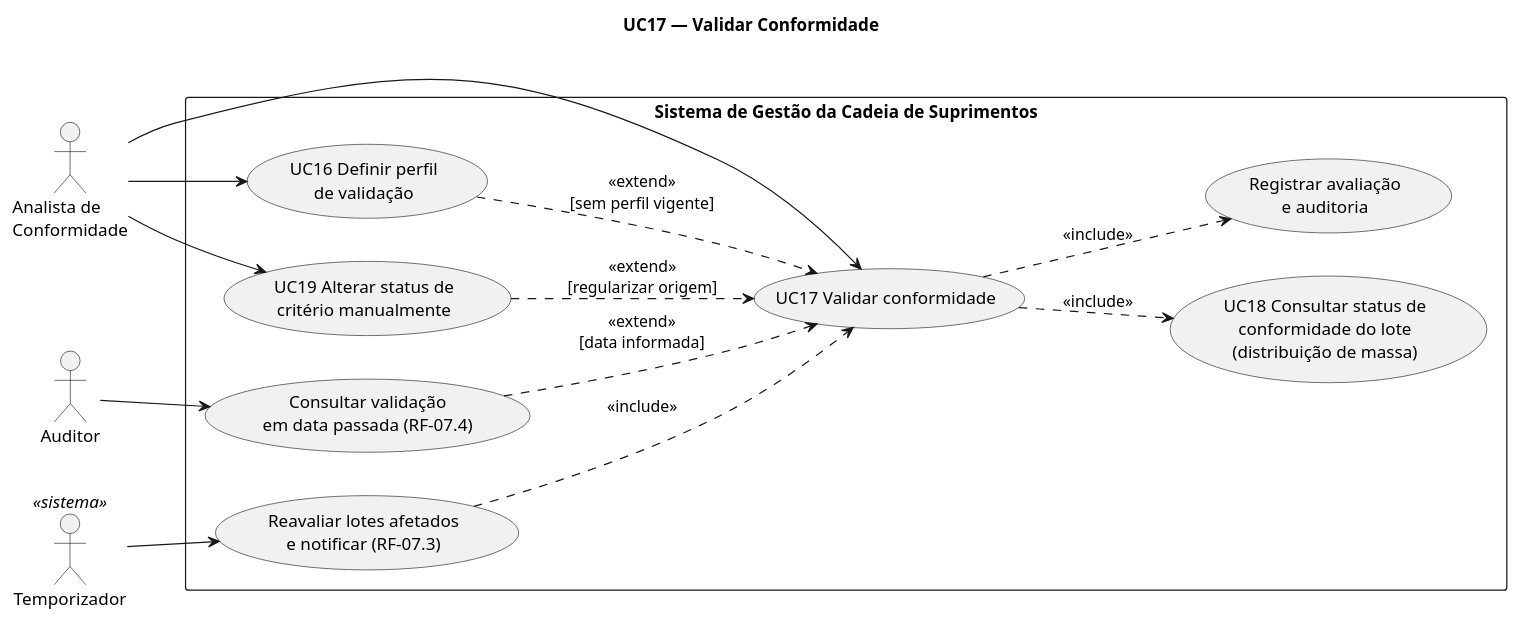
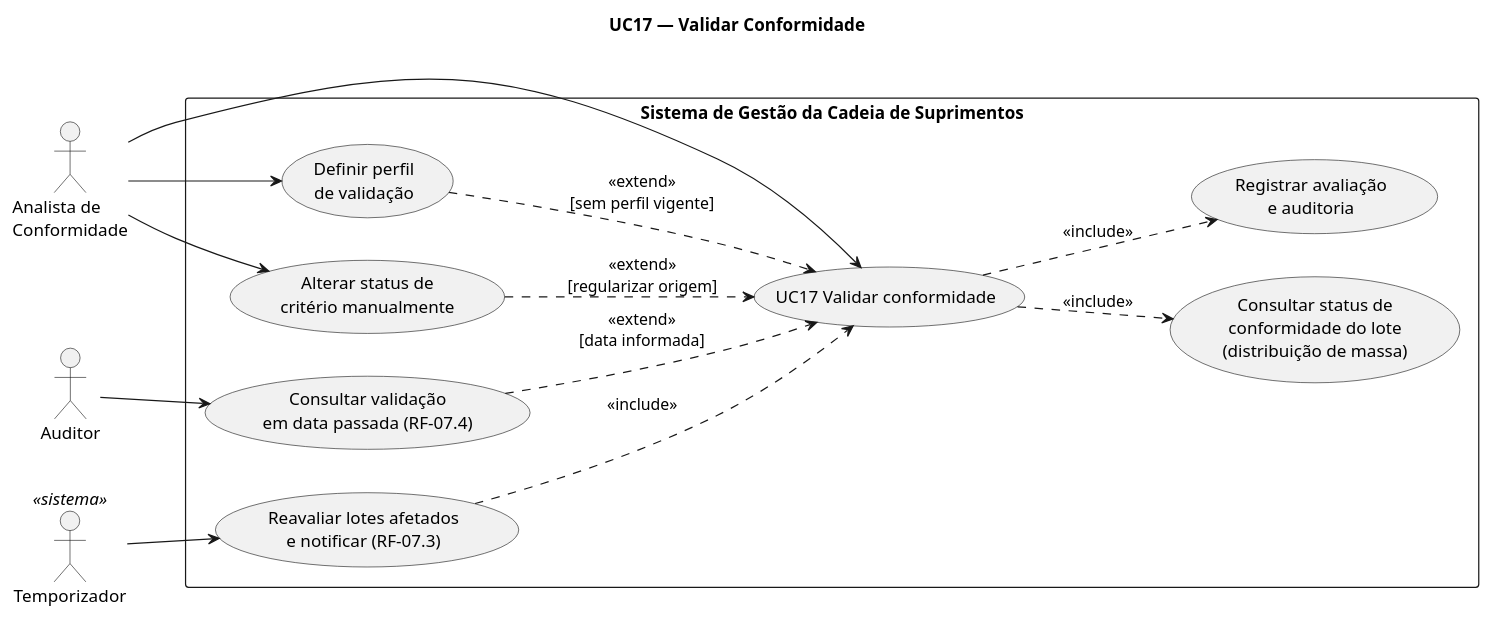
Before and after one commit to pedrohrossetto/gestao-cadeia-suprimentos: the diagram in docs/v3/casos-de-uso/plantuml/uc17-validar-conformidade.puml, drawn with PlantUML. The commit also changed 17 other files, not shown here.

First line of the commit message:
docs(casos-de-uso): remover referências aos diagramas excluídos da v3

```diff
--- a/docs/v3/casos-de-uso/plantuml/uc17-validar-conformidade.puml
+++ b/docs/v3/casos-de-uso/plantuml/uc17-validar-conformidade.puml
@@ -3,33 +3,33 @@
 @startuml uc17-validar-conformidade
 title UC17 — Validar Conformidade
 left to right direction
 skinparam packageStyle rectangle
 skinparam shadowing false
 
 actor "Analista de\nConformidade" as ana
 actor "Auditor" as aud
 actor "Temporizador" as tmp <<sistema>>
 
 rectangle "Sistema de Gestão da Cadeia de Suprimentos" {
   usecase "UC17 Validar conformidade" as uc17
-  usecase "UC18 Consultar status de\nconformidade do lote\n(distribuição de massa)" as uc18
+  usecase "Consultar status de\nconformidade do lote\n(distribuição de massa)" as uc18
   usecase "Registrar avaliação\ne auditoria" as reg
   usecase "Reavaliar lotes afetados\ne notificar (RF-07.3)" as rea
   usecase "Consultar validação\nem data passada (RF-07.4)" as pas
-  usecase "UC19 Alterar status de\ncritério manualmente" as uc19
-  usecase "UC16 Definir perfil\nde validação" as uc16
+  usecase "Alterar status de\ncritério manualmente" as uc19
+  usecase "Definir perfil\nde validação" as uc16
 }
 
 ana --> uc17
 ana --> uc19
 ana --> uc16
 aud --> pas
 tmp --> rea
 
 uc17 ..> uc18 : <<include>>
 uc17 ..> reg : <<include>>
 rea ..> uc17 : <<include>>
 pas ..> uc17 : <<extend>>\n[data informada]
 uc19 ..> uc17 : <<extend>>\n[regularizar origem]
 uc16 ..> uc17 : <<extend>>\n[sem perfil vigente]
 @enduml
```
